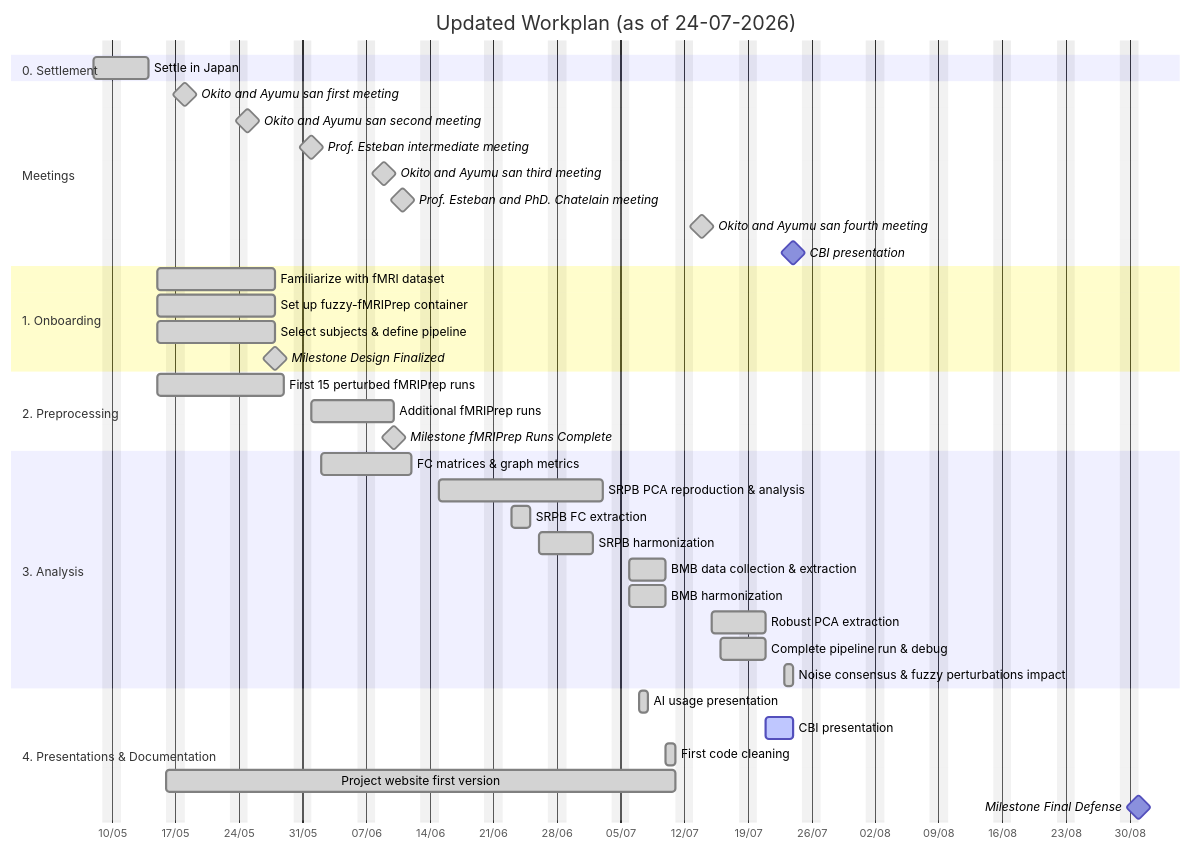
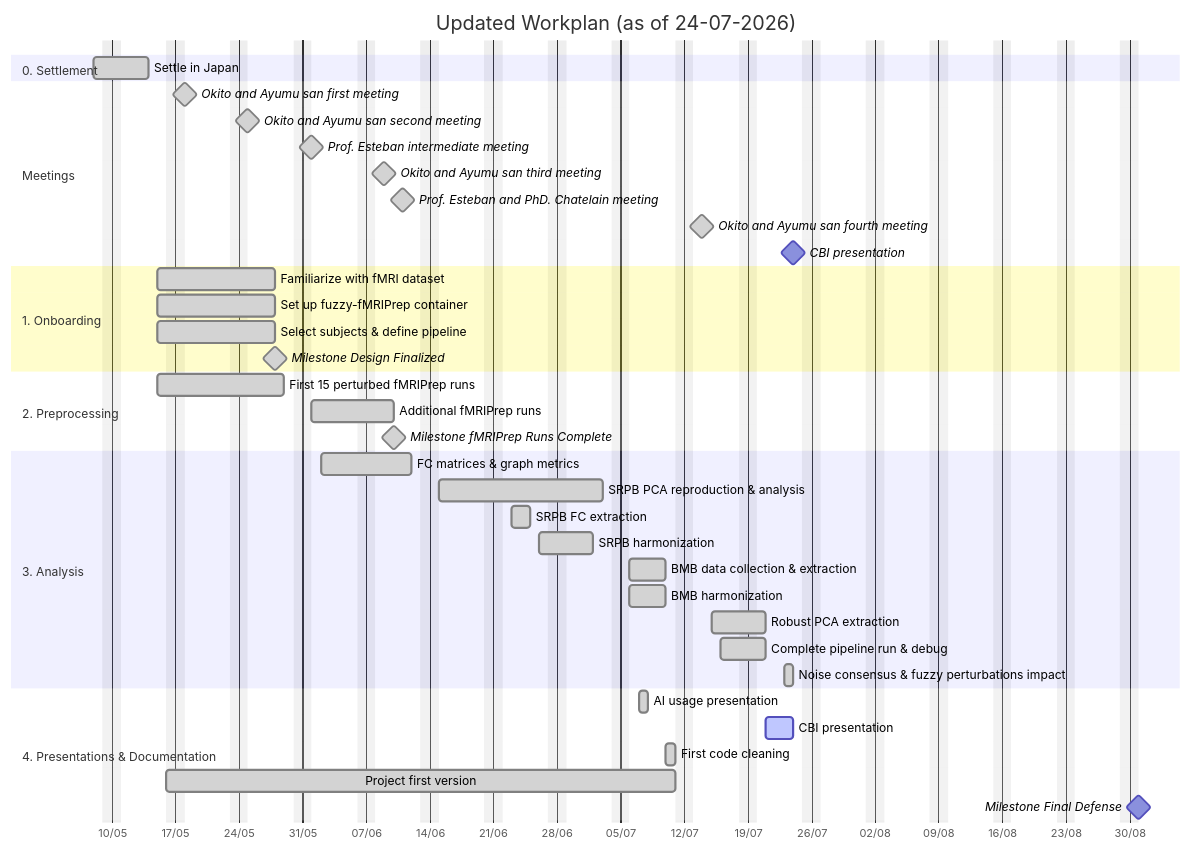
The diagram in site/index.qmd (MadeInShineA/bachelor-thesis), drawn with Mermaid before and after one commit. The commit also changed 1 other file, not shown here.

Commit message:
fix: Website action + Index gantt diagram typo

````diff
--- a/site/index.qmd
+++ b/site/index.qmd
@@ -69,48 +69,48 @@
 ```{mermaid}
 gantt
     title Updated Workplan (as of 24-07-2026)
     dateFormat  YYYY-MM-DD
     axisFormat  %d/%m
     excludes weekends
 
     section 0. Settlement
     Settle in Japan :done, settlement, 2026-05-08, 2026-05-14
 
     section Meetings
     Okito and Ayumu san first meeting :done, milestone, meet1, 2026-05-18, 0d
     Okito and Ayumu san second meeting :done, milestone, meet2, 2026-05-25, 0d
     Prof. Esteban intermediate meeting :done, milestone, meet3, 2026-06-01, 0d
     Okito and Ayumu san third meeting :done, milestone, meet4, 2026-06-09, 0d
     Prof. Esteban and PhD. Chatelain meeting :done, milestone, meet5, 2026-06-11, 0d
     Okito and Ayumu san fourth meeting :done, milestone, meet6, 2026-07-14, 0d
     CBI presentation                  :milestone, meet7, 2026-07-24, 0d
 
     section 1. Onboarding
     Familiarize with fMRI dataset       :done, p1t1, 2026-05-15, 2026-05-28
     Set up fuzzy-fMRIPrep container     :done, p1t2, 2026-05-15, 2026-05-28
     Select subjects & define pipeline   :done, p1t3, 2026-05-15, 2026-05-28
     Milestone Design Finalized          :done, milestone, m1, 2026-05-28, 0d
 
     section 2. Preprocessing
     First 15 perturbed fMRIPrep runs    :done, p2t1, 2026-05-15, 2026-05-29
     Additional fMRIPrep runs            :done, p2t2, 2026-06-01, 2026-06-10
     Milestone fMRIPrep Runs Complete    :done, milestone, m2, 2026-06-10, 0d
 
     section 3. Analysis
     FC matrices & graph metrics         :done, p3t1, 2026-06-02, 2026-06-12
     SRPB PCA reproduction & analysis    :done, p3t2, 2026-06-15, 2026-07-03
     SRPB FC extraction                  :done, p3t3, 2026-06-23, 2026-06-25
     SRPB harmonization                  :done, p3t4, 2026-06-26, 2026-07-02
     BMB data collection & extraction    :done, p3t5, 2026-07-06, 2026-07-10
     BMB harmonization                   :done, p3t6, 2026-07-06, 2026-07-10
     Robust PCA extraction               :done, p3t7, 2026-07-15, 2026-07-21
     Complete pipeline run & debug       :done, p3t8, 2026-07-16, 2026-07-21
     Noise consensus & fuzzy perturbations impact :done, p3t9, 2026-07-23, 1d
 
     section 4. Presentations & Documentation
     AI usage presentation               :done, p4t0, 2026-07-07, 2026-07-08
     CBI presentation                    :active, p4t1, 2026-07-21, 2026-07-24
     First code cleaning                 :done, p4t2, 2026-07-10, 1d
-    Project website first version       :done, p4t3, 2026-05-16, 2026-07-11
+    Project first version               :done, p4t3, 2026-05-16, 2026-07-11
     Milestone Final Defense             :milestone, m4, 2026-08-31, 0d
 ```
````
